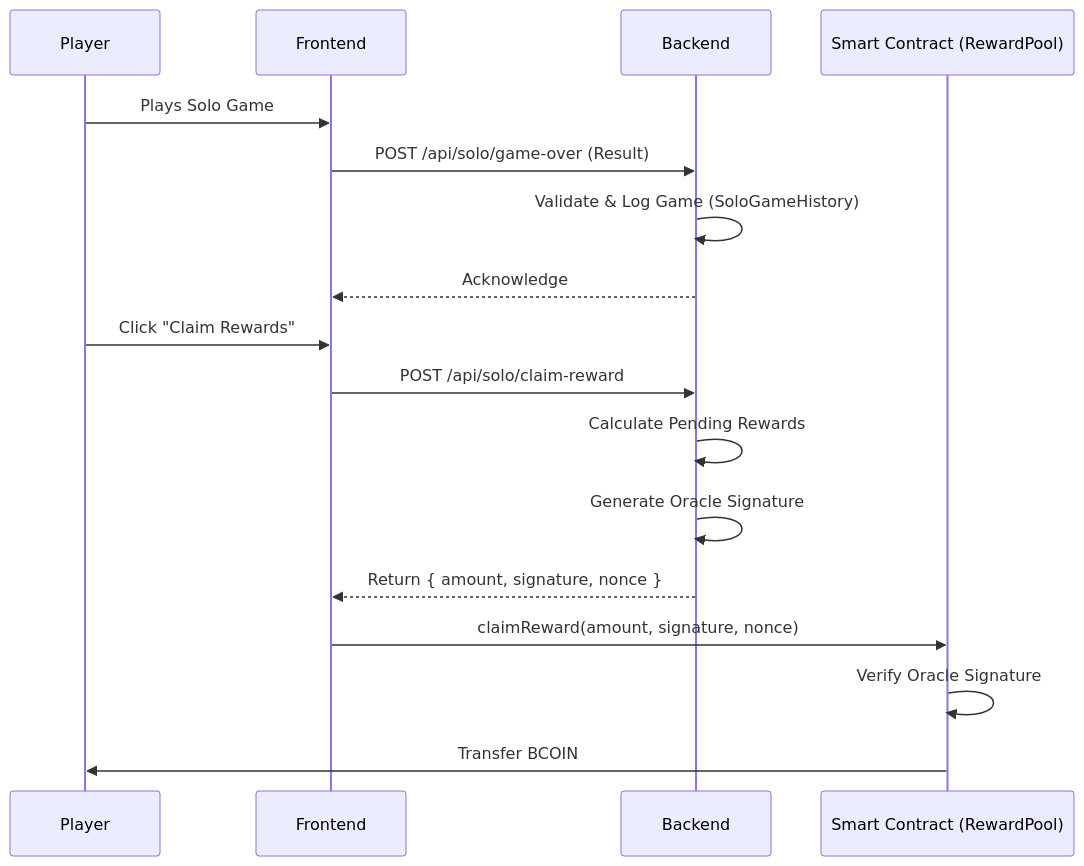
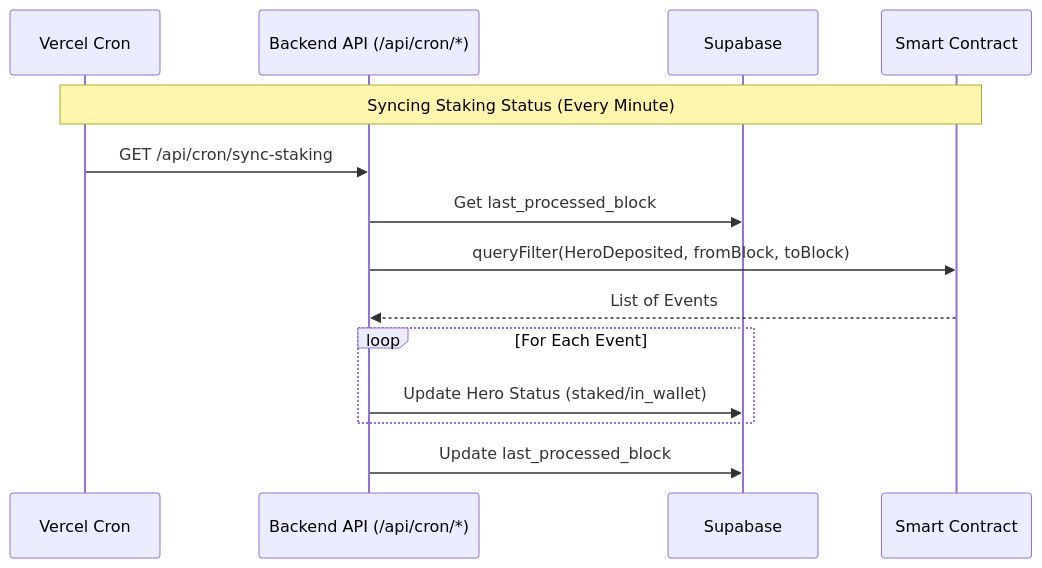
Before and after one commit to alanvito1/bomb_dash: the fourth of 4 diagrams in docs/ARCHITECTURE.md, drawn with Mermaid. The commit also changed other lines of this file and 6 other files, not shown here.

First line of the commit message:
chore: prepare for vercel and supabase deployment

````diff
--- a/docs/ARCHITECTURE.md
+++ b/docs/ARCHITECTURE.md
@@ -127,22 +133,17 @@
 ```mermaid
 sequenceDiagram
-    participant P as Player
-    participant FE as Frontend
-    participant BE as Backend
-    participant SC as Smart Contract (RewardPool)
+    participant Cron as Vercel Cron
+    participant API as Backend API (/api/cron/*)
+    participant DB as Supabase
+    participant BSC as Smart Contract
 
-    P->>FE: Plays Solo Game
-    FE->>BE: POST /api/solo/game-over (Result)
-    BE->>BE: Validate & Log Game (SoloGameHistory)
-    BE-->>FE: Acknowledge
-
-    P->>FE: Click "Claim Rewards"
-    FE->>BE: POST /api/solo/claim-reward
-    BE->>BE: Calculate Pending Rewards
-    BE->>BE: Generate Oracle Signature
-    BE-->>FE: Return { amount, signature, nonce }
-
-    FE->>SC: claimReward(amount, signature, nonce)
-    SC->>SC: Verify Oracle Signature
-    SC->>P: Transfer BCOIN
+    Note over Cron, BSC: Syncing Staking Status (Every Minute)
+    Cron->>API: GET /api/cron/sync-staking
+    API->>DB: Get last_processed_block
+    API->>BSC: queryFilter(HeroDeposited, fromBlock, toBlock)
+    BSC-->>API: List of Events
+    loop For Each Event
+        API->>DB: Update Hero Status (staked/in_wallet)
+    end
+    API->>DB: Update last_processed_block
 ```
````
